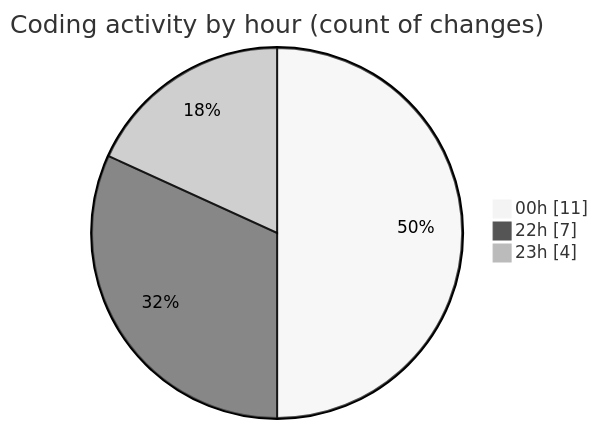
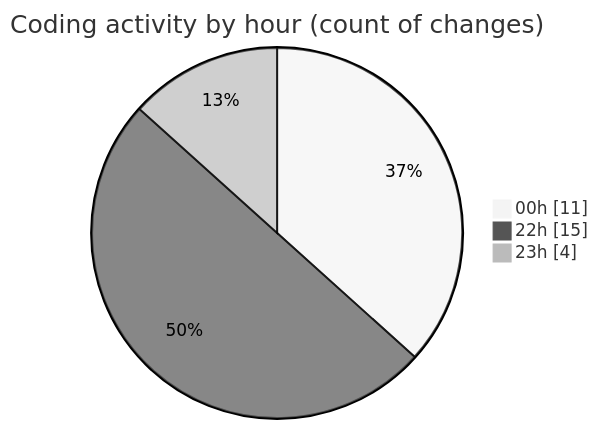
Before and after one commit to hasnaa123/code-tracking: the second of 2 diagrams in 2026-11-26/taskforge/README.md, drawn with Mermaid (neutral theme). The commit also changed other lines of this file and 1 other file, not shown here.

````diff
--- a/2026-11-26/taskforge/README.md
+++ b/2026-11-26/taskforge/README.md
@@ -28,7 +28,7 @@
 ```mermaid
 pie showData
 title Coding activity by hour (count of changes)
 "00h" : 11
-"22h" : 7
+"22h" : 15
 "23h" : 4
 ```
````
